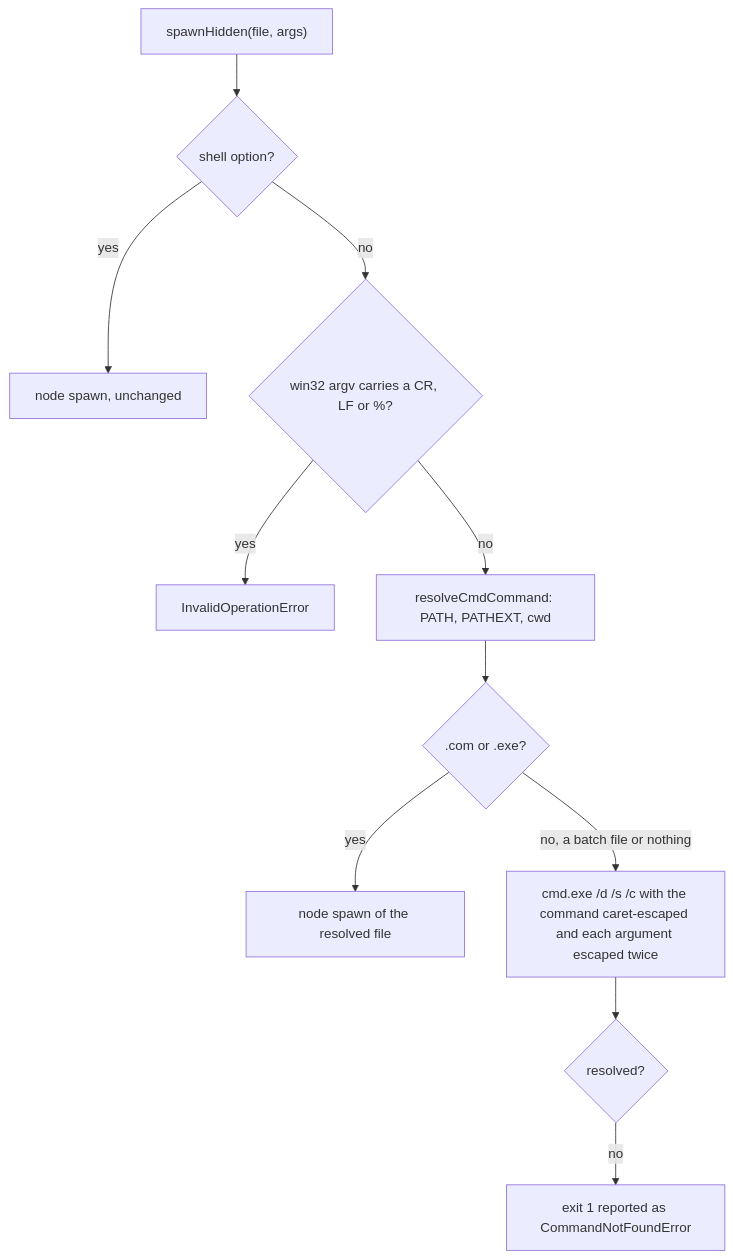
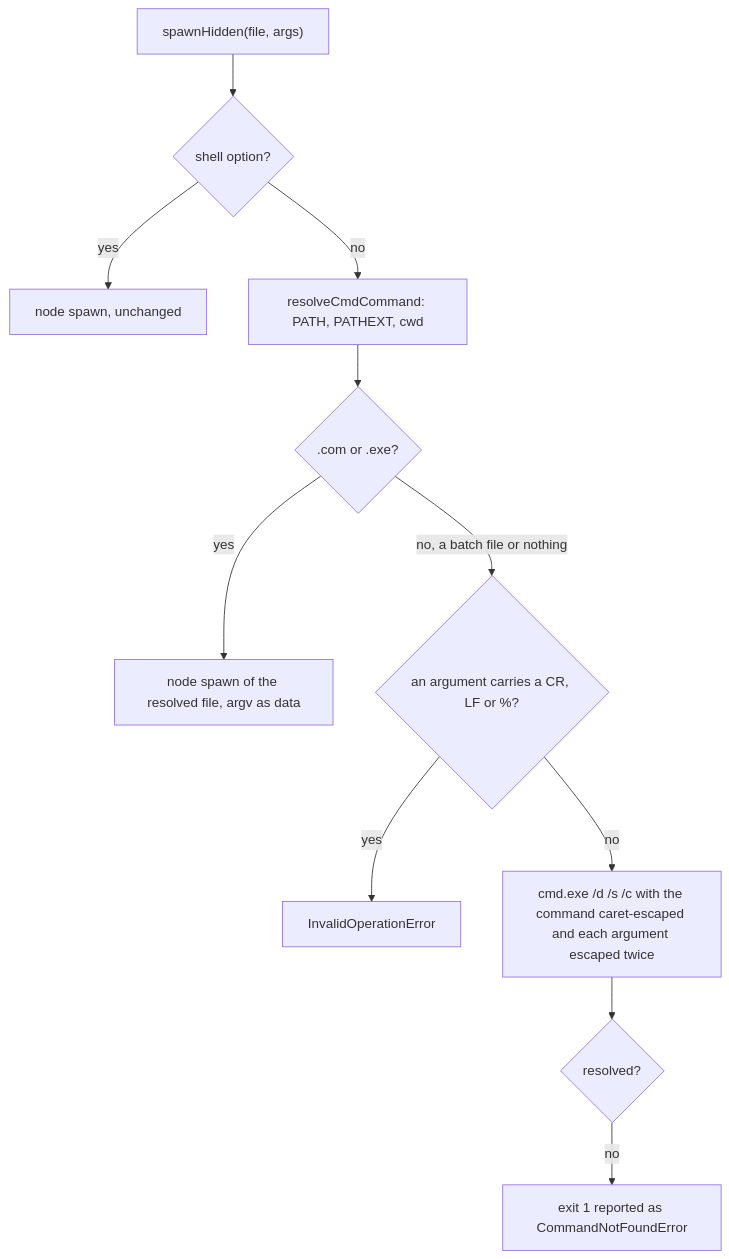
The diagram in apps/web/content/docs/virrun/win32-spawn.md (Esposter/Esposter), drawn with Mermaid before and after one commit. The commit also changed other lines of this file and 4 other files, not shown here.

First line of the commit message:
fix(virrun): only an argv bound for cmd.exe is refused a line break, so the WSL sandbox spawns again

````diff
--- a/apps/web/content/docs/virrun/win32-spawn.md
+++ b/apps/web/content/docs/virrun/win32-spawn.md
@@ -14,24 +14,24 @@
 ```mermaid
 flowchart TD
   argv["spawnHidden(file, args)"]
   shell{"shell option?"}
   nodeSpawn["node spawn, unchanged"]
-  refuse{"win32 argv carries a CR, LF or %?"}
-  throws["InvalidOperationError"]
   resolve["resolveCmdCommand: PATH, PATHEXT, cwd"]
   exe{".com or .exe?"}
-  direct["node spawn of the resolved file"]
+  direct["node spawn of the resolved file, argv as data"]
+  refuse{"an argument carries a CR, LF or %?"}
+  throws["InvalidOperationError"]
   cmd["cmd.exe /d /s /c with the command caret-escaped and each argument escaped twice"]
   missing{"resolved?"}
   enoent["exit 1 reported as CommandNotFoundError"]
   argv --> shell
   shell -->|yes| nodeSpawn
-  shell -->|no| refuse
-  refuse -->|yes| throws
-  refuse -->|no| resolve
+  shell -->|no| resolve
   resolve --> exe
   exe -->|yes| direct
-  exe -->|no, a batch file or nothing| cmd
+  exe -->|no, a batch file or nothing| refuse
+  refuse -->|yes| throws
+  refuse -->|no| cmd
   cmd --> missing
   missing -->|no| enoent
 ```
````
